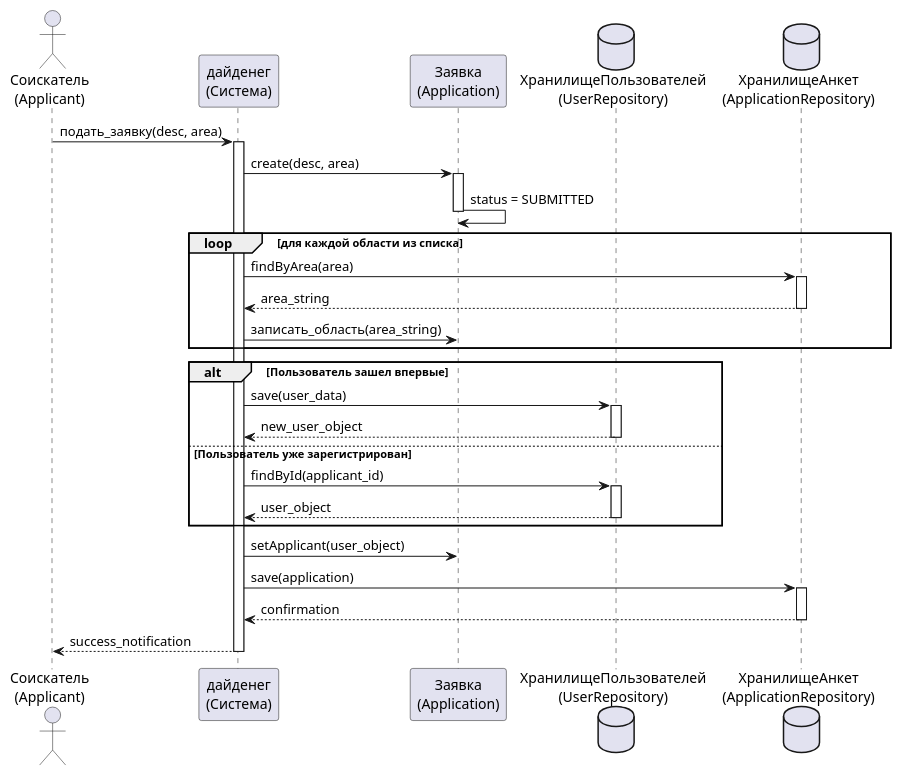
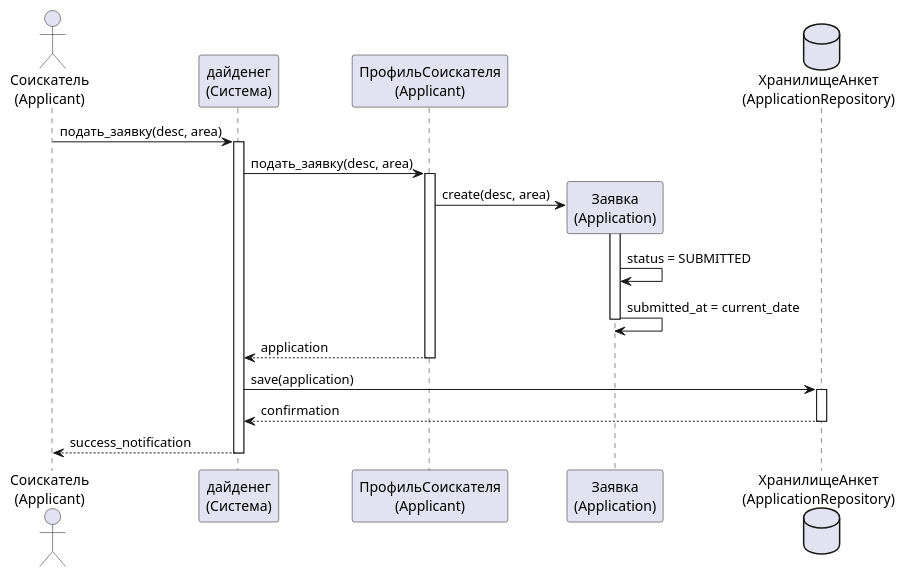
One commit to penamarth/bsbo-10-24_team4_var9_techexp changed the diagram in Диаграмма_последовательности_Подача_заявки.md. Above: the diagram before and after it, drawn with PlantUML. The commit also changed 1 other file, not shown here.

Commit message:
обновление диаграммы последовательности Подача заявки

````diff
--- a/Диаграмма_последовательности_Подача_заявки.md
+++ b/Диаграмма_последовательности_Подача_заявки.md
@@ -3,49 +3,34 @@
 ```plantuml
 @startuml
 skinparam responseMessageBelowArrow true
 
-actor "Соискатель\n(Applicant)" as applicant
+actor "Соискатель\n(Applicant)" as user_actor
 participant "дайденег\n(Система)" as system
+participant "ПрофильСоискателя\n(Applicant)" as applicant
 participant "Заявка\n(Application)" as application
-database "ХранилищеПользователей\n(UserRepository)" as user_repo
 database "ХранилищеАнкет\n(ApplicationRepository)" as app_repo
 
-applicant -> system : подать_заявку(desc, area)
+user_actor -> system : подать_заявку(desc, area)
 activate system
 
-system -> application : create(desc, area)
+system -> applicant : подать_заявку(desc, area)
+activate applicant
+
+applicant -> application ** : create(desc, area)
 activate application
 application -> application : status = SUBMITTED
+application -> application : submitted_at = current_date
 deactivate application
 
-loop для каждой области из списка
-    system -> app_repo : findByArea(area)
-    activate app_repo
-    app_repo --> system : area_string
-    deactivate app_repo
-    system -> application : записать_область(area_string)
-end
-
-alt Пользователь зашел впервые
-    system -> user_repo : save(user_data)
-    activate user_repo
-    user_repo --> system : new_user_object
-    deactivate user_repo
-else Пользователь уже зарегистрирован
-    system -> user_repo : findById(applicant_id)
-    activate user_repo
-    user_repo --> system : user_object
-    deactivate user_repo
-end
-
-system -> application : setApplicant(user_object)
+applicant --> system : application
+deactivate applicant
 
 system -> app_repo : save(application)
 activate app_repo
 app_repo --> system : confirmation
 deactivate app_repo
 
-system --> applicant : success_notification
+system --> user_actor : success_notification
 deactivate system
 @endum
 ```
````
